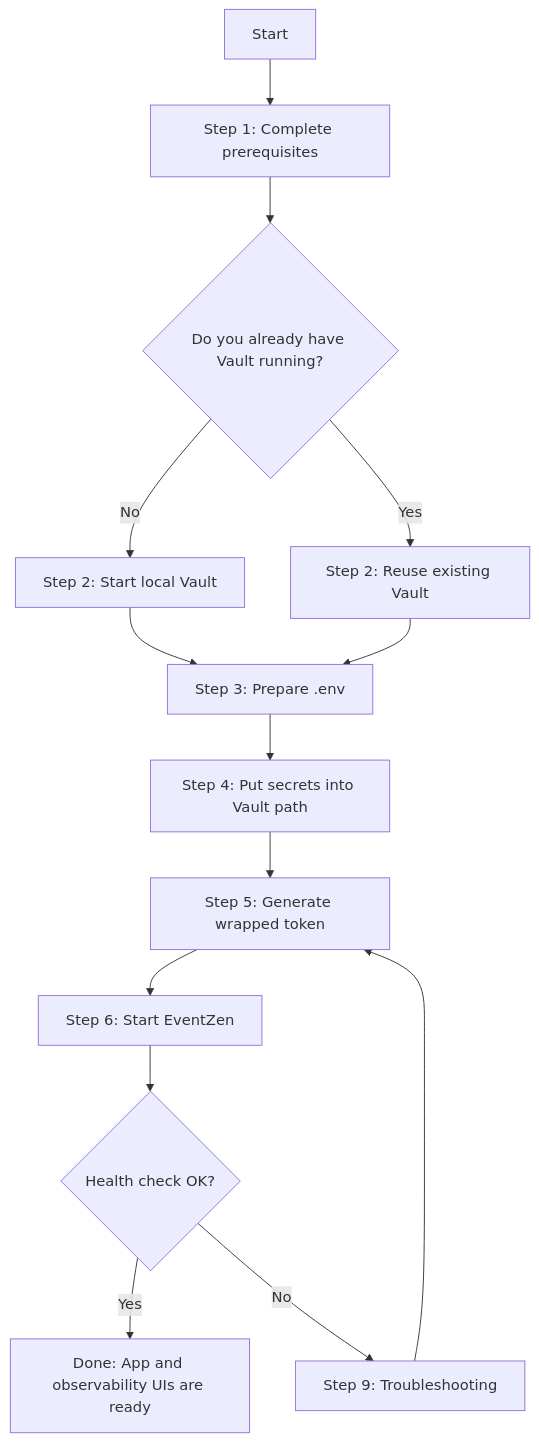
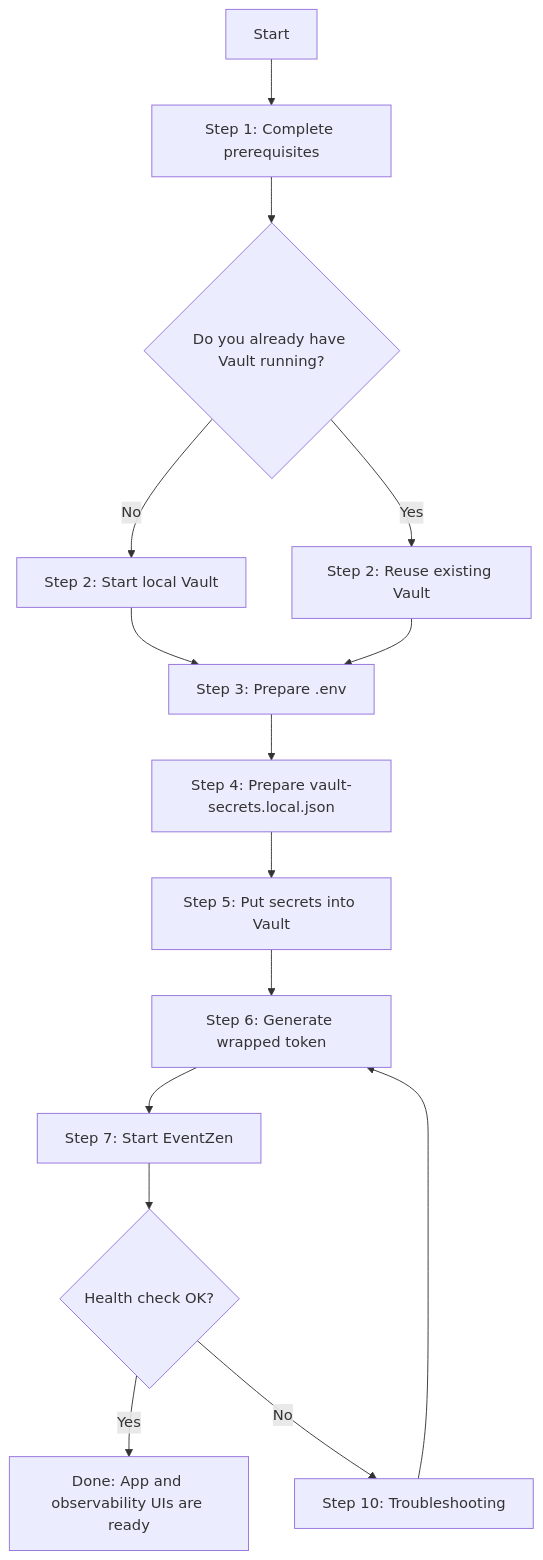
The diagram in GETTING_STARTED.md (swvstik/EventZen), drawn with Mermaid before and after one commit. The commit also changed other lines of this file and 2 other files, not shown here.

Commit message:
docs: update README with required secrets and API keys; enhance vault-secrets.example.json with clear placeholders

````diff
--- a/GETTING_STARTED.md
+++ b/GETTING_STARTED.md
@@ -47,16 +74,17 @@
 ```mermaid
 flowchart TD
 	A[Start] --> B[Step 1: Complete prerequisites]
 	B --> C{Do you already have Vault running?}
 	C -- No --> D[Step 2: Start local Vault]
 	C -- Yes --> E[Step 2: Reuse existing Vault]
 	D --> F[Step 3: Prepare .env]
 	E --> F
-	F --> G[Step 4: Put secrets into Vault path]
-	G --> H[Step 5: Generate wrapped token]
-	H --> I[Step 6: Start EventZen]
-	I --> J{Health check OK?}
-	J -- Yes --> K[Done: App and observability UIs are ready]
-	J -- No --> L[Step 9: Troubleshooting]
-	L --> H
+	F --> G[Step 4: Prepare vault-secrets.local.json]
+	G --> H[Step 5: Put secrets into Vault]
+	H --> I[Step 6: Generate wrapped token]
+	I --> J[Step 7: Start EventZen]
+	J --> K{Health check OK?}
+	K -- Yes --> L[Done: App and observability UIs are ready]
+	K -- No --> M[Step 10: Troubleshooting]
+	M --> I
 ```
````
